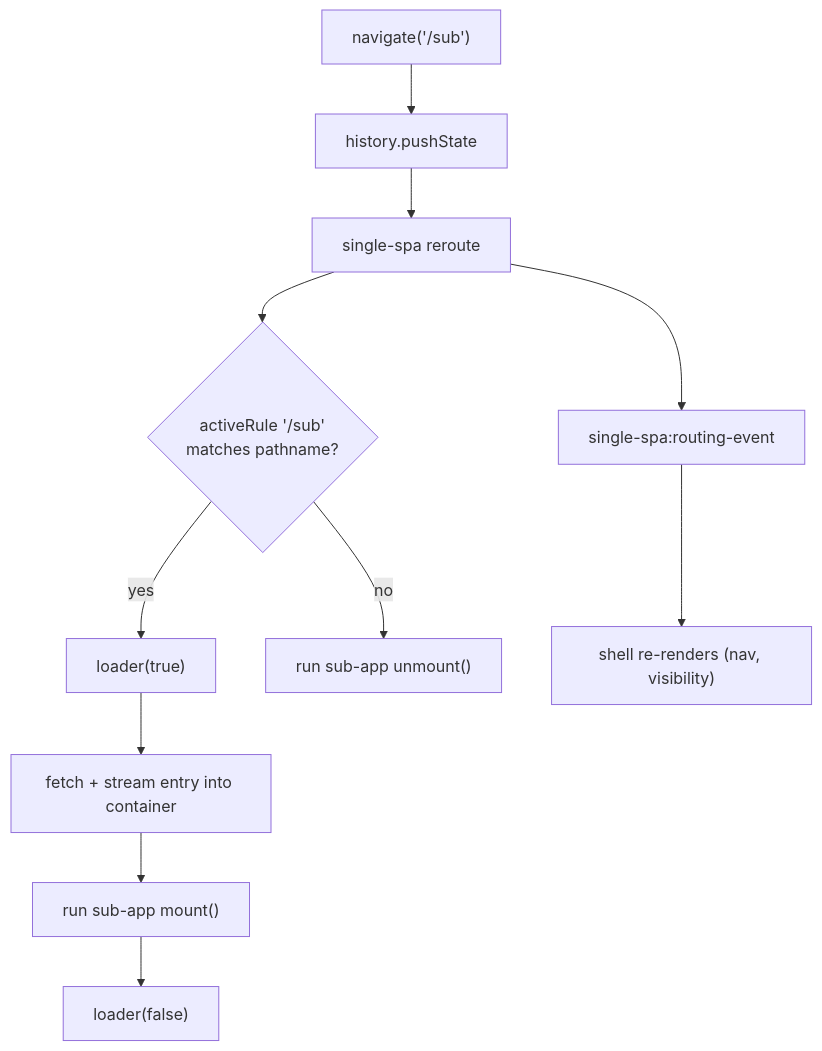
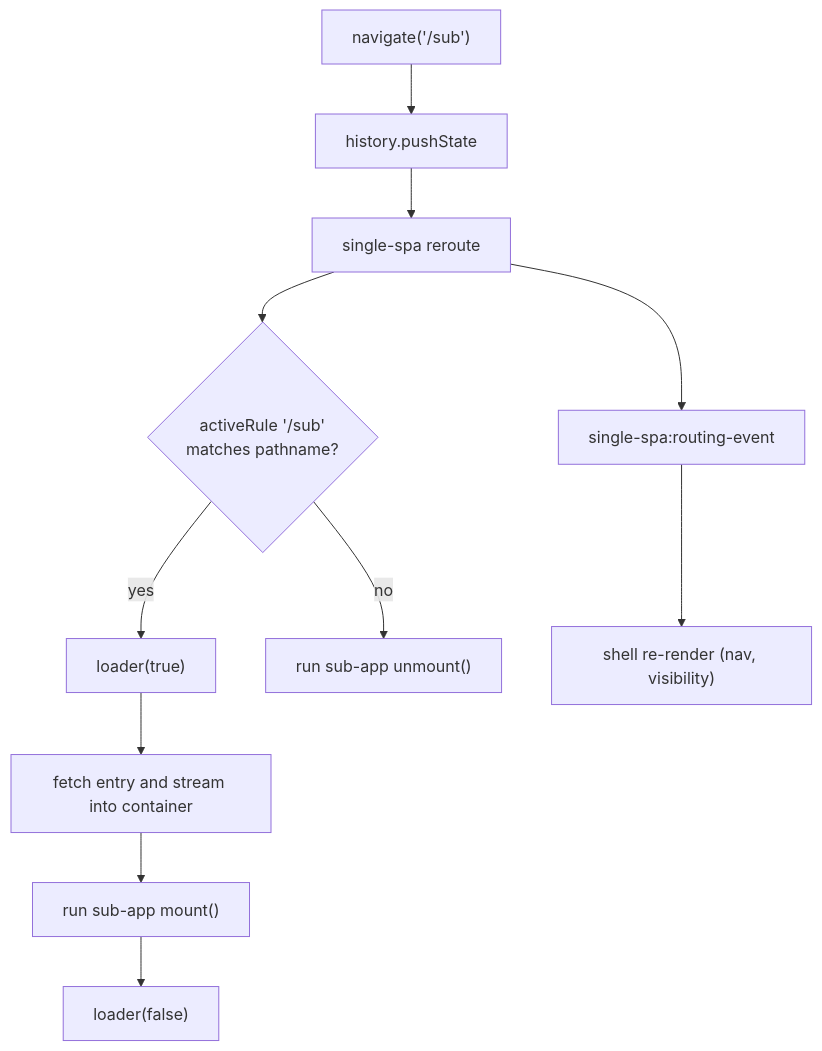
One commit to umijs/qiankun changed the diagram in docs/tutorial/build-the-main-app.md. Above: the diagram before and after it, drawn with Mermaid. The commit also changed other lines of this file and 63 other files, not shown here.

````diff
--- a/docs/tutorial/build-the-main-app.md
+++ b/docs/tutorial/build-the-main-app.md
@@ -221,13 +221,13 @@
 ```mermaid
 flowchart TD
   A["navigate('/sub')"] --> B["history.pushState"]
   B --> C["single-spa reroute"]
   C --> D{"activeRule '/sub'<br/>matches pathname?"}
   D -->|yes| E["loader(true)"]
-  E --> F["fetch + stream entry into container"]
+  E --> F["fetch entry and stream into container"]
   F --> G["run sub-app mount()"]
   G --> H["loader(false)"]
   D -->|no| I["run sub-app unmount()"]
   C --> J["single-spa:routing-event"]
-  J --> K["shell re-renders (nav, visibility)"]
+  J --> K["shell re-render (nav, visibility)"]
 ```
````
